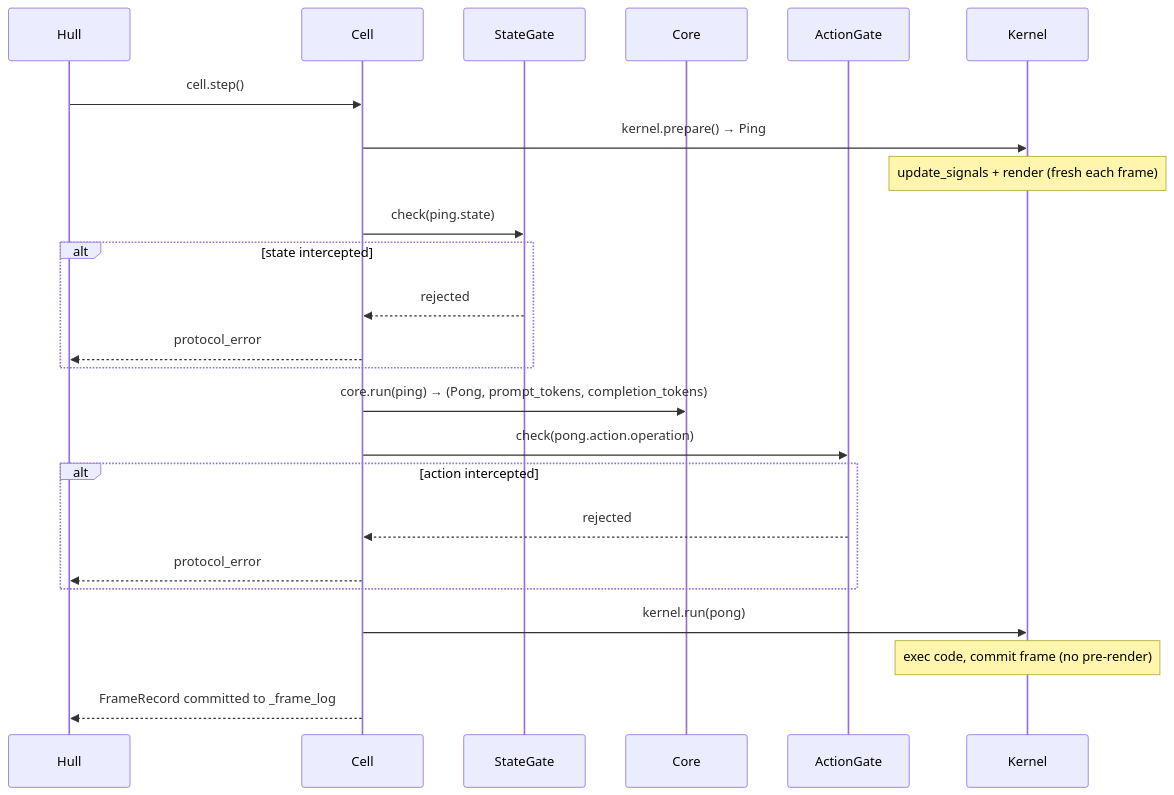
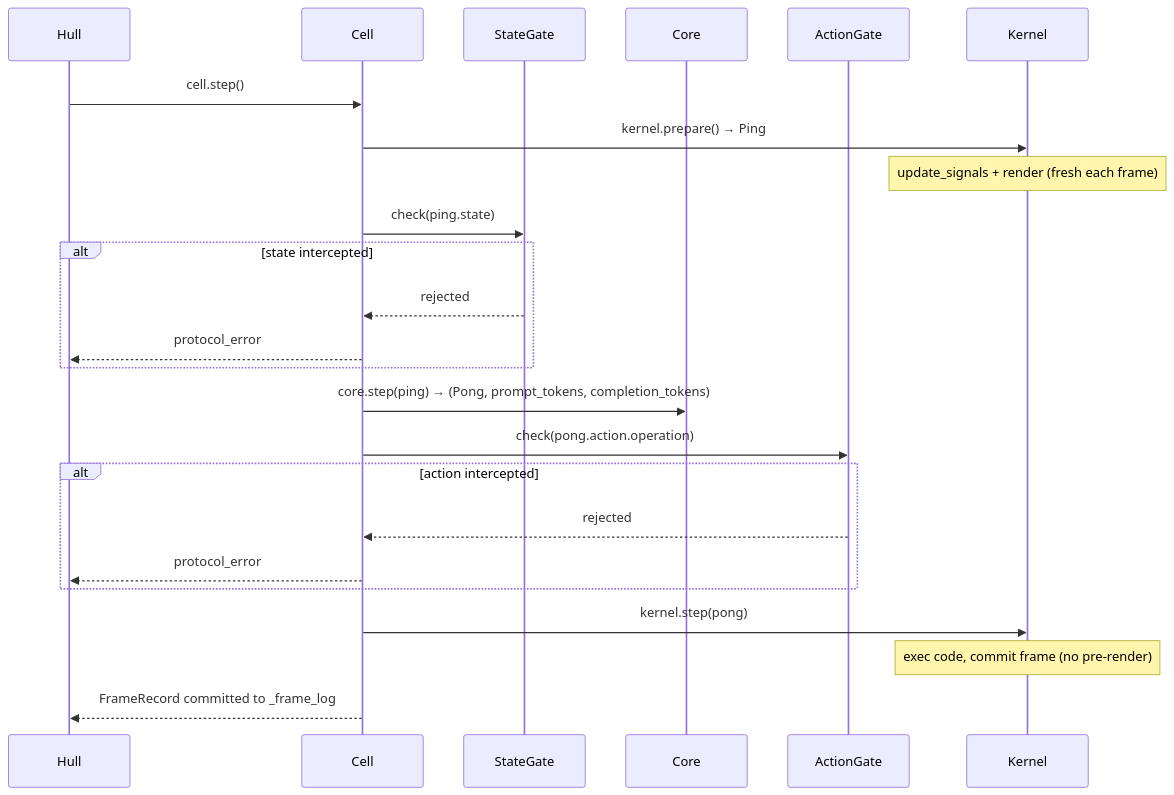
The diagram in src/vessal/ark/shell/hull/cell/CONTEXT.md (vessal-ai/vessal), drawn with Mermaid before and after one commit. The commit also changed other lines of this file and 266 other files, not shown here.

First line of the commit message:
release: v0.0.4 — Console redesign, Shell/Hull/Cell architecture, CLI wizards (#16)

````diff
--- a/src/vessal/ark/shell/hull/cell/CONTEXT.md
+++ b/src/vessal/ark/shell/hull/cell/CONTEXT.md
@@ -34,31 +60,31 @@
 ```mermaid
 sequenceDiagram
     participant Hull
     participant Cell
     participant StateGate
     participant Core
     participant ActionGate
     participant Kernel
 
     Hull->>Cell: cell.step()
 
     Cell->>Kernel: kernel.prepare() → Ping
     Note over Kernel: update_signals + render (fresh each frame)
 
     Cell->>StateGate: check(ping.state)
     alt state intercepted
         StateGate-->>Cell: rejected
         Cell-->>Hull: protocol_error
     end
 
-    Cell->>Core: core.run(ping) → (Pong, prompt_tokens, completion_tokens)
+    Cell->>Core: core.step(ping) → (Pong, prompt_tokens, completion_tokens)
     Cell->>ActionGate: check(pong.action.operation)
     alt action intercepted
         ActionGate-->>Cell: rejected
         Cell-->>Hull: protocol_error
     end
 
-    Cell->>Kernel: kernel.run(pong)
+    Cell->>Kernel: kernel.step(pong)
     Note over Kernel: exec code, commit frame (no pre-render)
     Cell-->>Hull: FrameRecord committed to _frame_log
 ```
````
